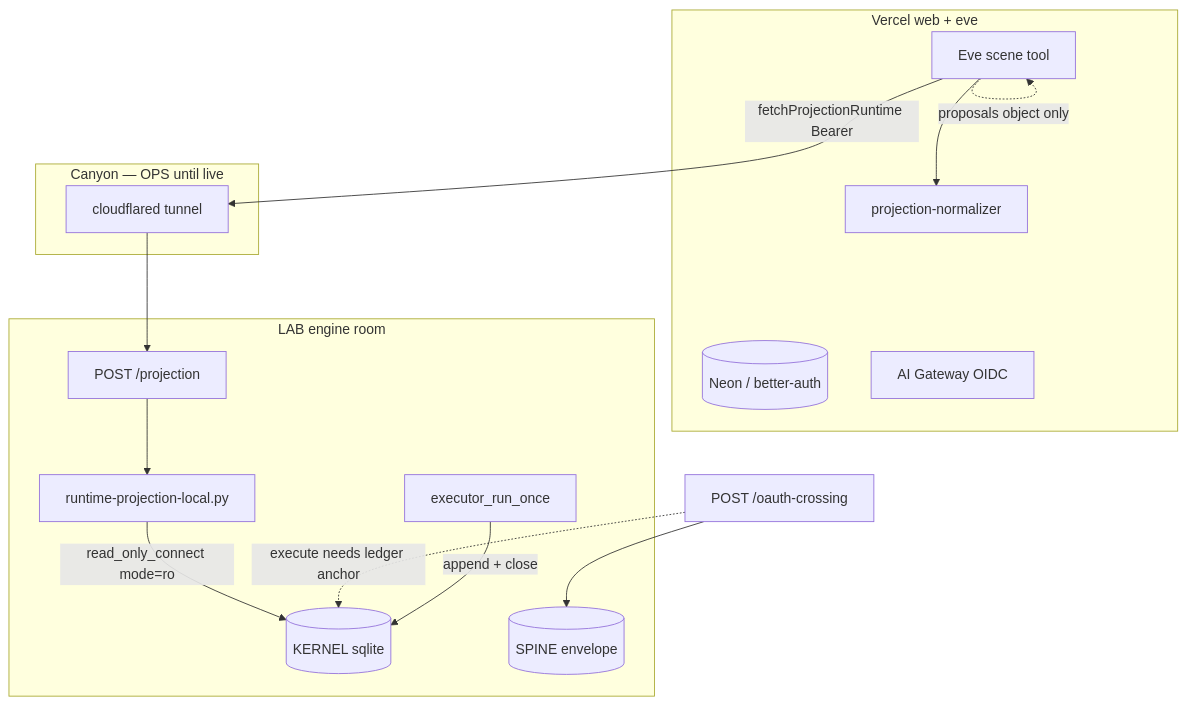
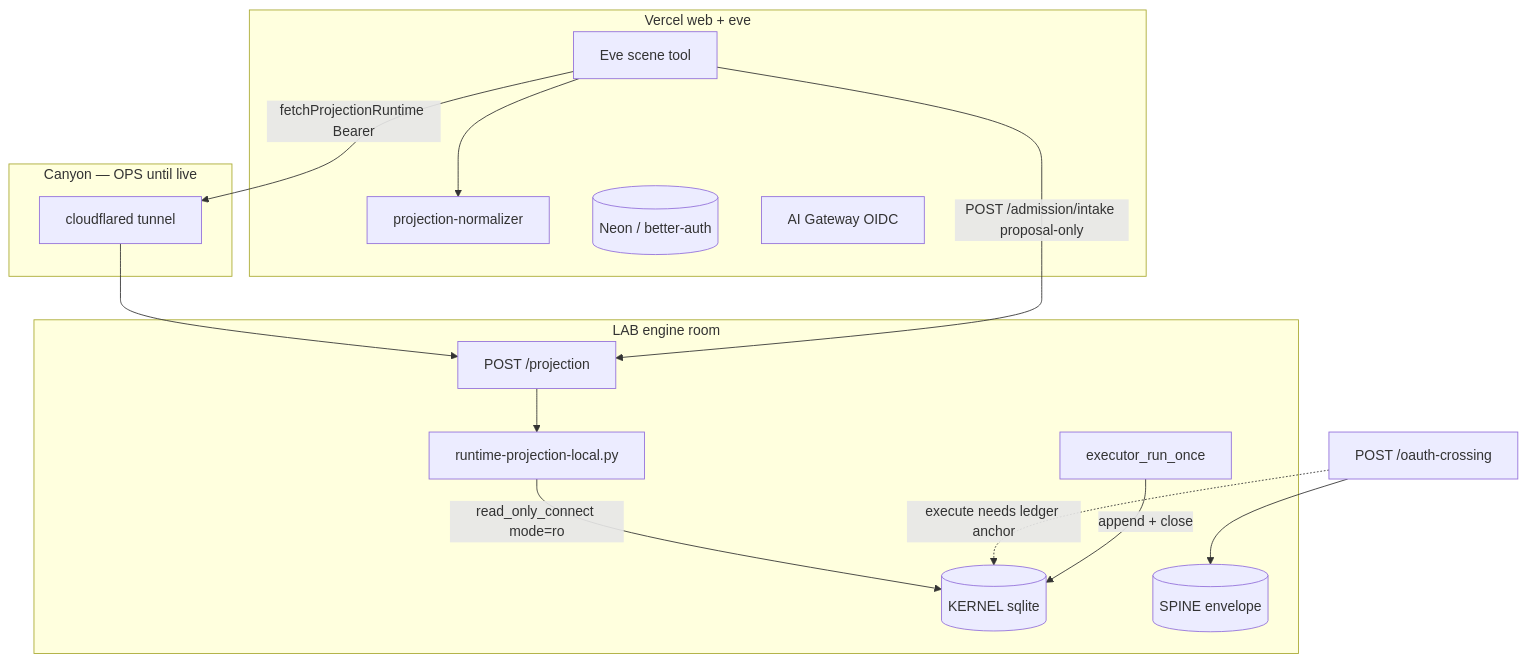
Before and after one commit to danvoulez/dream-machine: the diagram in docs/seams/DREAM_MACHINE_SEAM_REGISTRY.v0.md, drawn with Mermaid. The commit also changed other lines of this file and 12 other files, not shown here.

Commit message:
add proposal-only admission intake seam

````diff
--- a/docs/seams/DREAM_MACHINE_SEAM_REGISTRY.v0.md
+++ b/docs/seams/DREAM_MACHINE_SEAM_REGISTRY.v0.md
@@ -42,28 +43,28 @@
 ```mermaid
 flowchart TB
   subgraph vercel [Vercel web + eve]
     Eve[Eve scene tool]
     Norm[projection-normalizer]
     Diary[(Neon / better-auth)]
     GW[AI Gateway OIDC]
   end
   subgraph cable [Canyon — OPS until live]
     CF[cloudflared tunnel]
   end
   subgraph lab [LAB engine room]
     RT[POST /projection]
     Py[runtime-projection-local.py]
     Kern[(KERNEL sqlite)]
     Exec[executor_run_once]
     Spine[(SPINE envelope)]
   end
   Eve -->|fetchProjectionRuntime Bearer| CF
   CF --> RT
   RT --> Py
   Py -->|read_only_connect mode=ro| Kern
   Eve --> Norm
-  Eve -.->|proposals object only| Eve
+  Eve -->|POST /admission/intake proposal-only| RT
   OAuth[POST /oauth-crossing] --> Spine
   OAuth -.->|execute needs ledger anchor| Kern
   Exec -->|append + close| Kern
 ```
````
